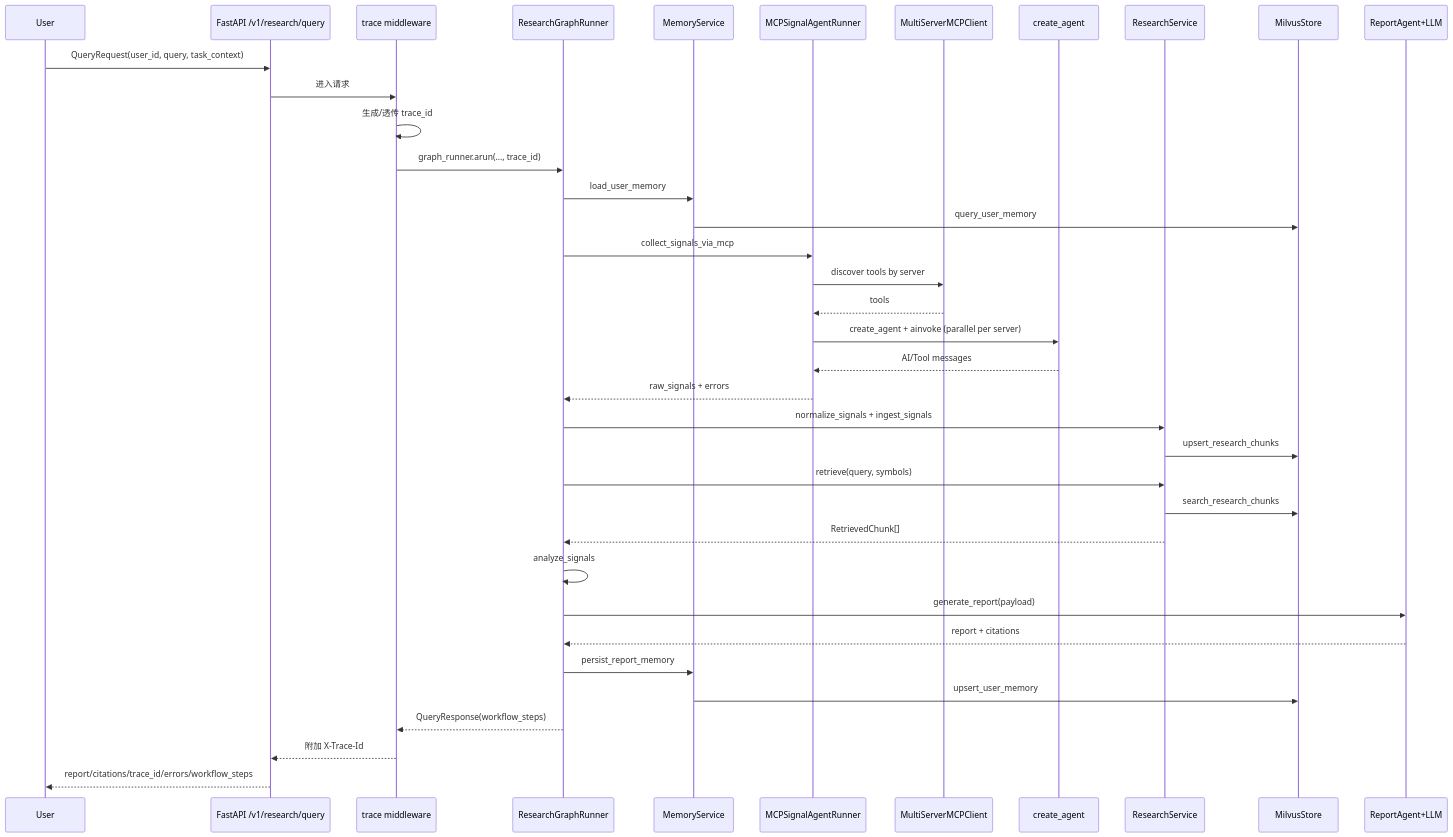
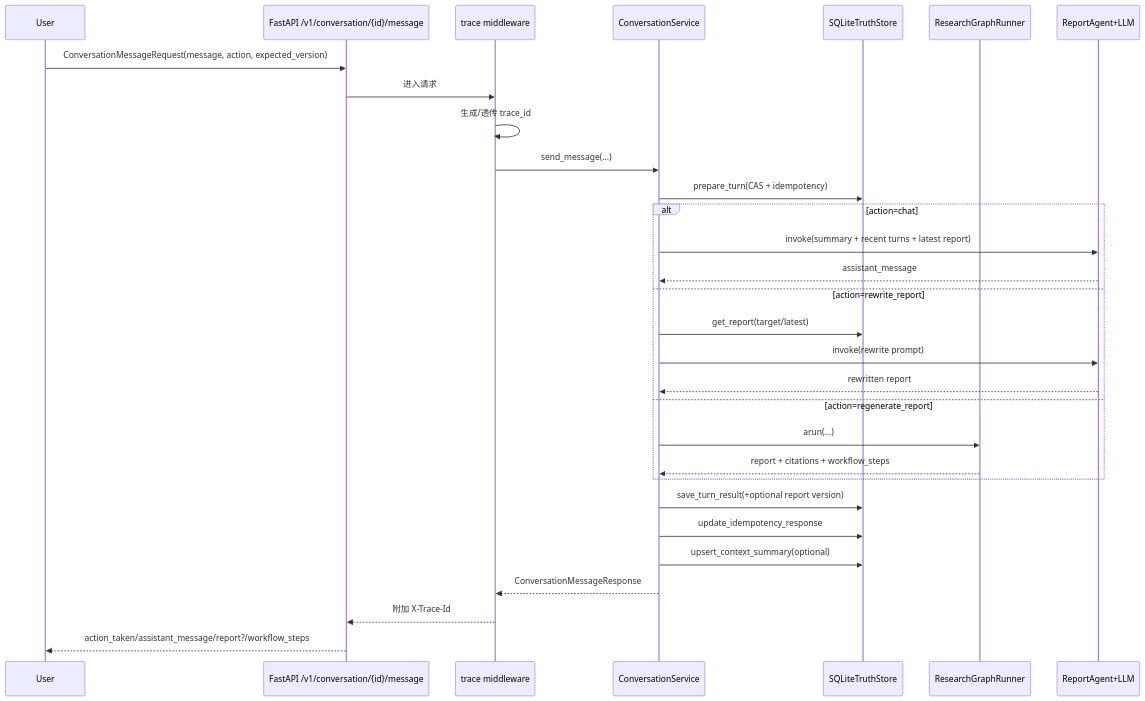
Before and after one commit to TeaBambooNGU/CryptoSignalAgent: the diagram in docs/architecture.md, drawn with Mermaid. The commit also changed other lines of this file and 33 other files, not shown here.

````diff
--- a/docs/architecture.md
+++ b/docs/architecture.md
@@ -111,40 +125,33 @@
 ```mermaid
 sequenceDiagram
     participant U as User
-    participant API as FastAPI /v1/research/query
+    participant API as FastAPI /v1/conversation/{id}/message
     participant MW as trace middleware
+    participant CS as ConversationService
+    participant TS as SQLiteTruthStore
     participant G as ResearchGraphRunner
-    participant MEM as MemoryService
-    participant MCP as MCPSignalAgentRunner
-    participant ADP as MultiServerMCPClient
-    participant AG as create_agent
-    participant RET as ResearchService
-    participant MIL as MilvusStore
     participant LLM as ReportAgent+LLM
 
-    U->>API: QueryRequest(user_id, query, task_context)
+    U->>API: ConversationMessageRequest(message, action, expected_version)
     API->>MW: 进入请求
     MW->>MW: 生成/透传 trace_id
-    MW->>G: graph_runner.arun(..., trace_id)
-    G->>MEM: load_user_memory
-    MEM->>MIL: query_user_memory
-    G->>MCP: collect_signals_via_mcp
-    MCP->>ADP: discover tools by server
-    ADP-->>MCP: tools
-    MCP->>AG: create_agent + ainvoke (parallel per server)
-    AG-->>MCP: AI/Tool messages
-    MCP-->>G: raw_signals + errors
-    G->>RET: normalize_signals + ingest_signals
-    RET->>MIL: upsert_research_chunks
-    G->>RET: retrieve(query, symbols)
-    RET->>MIL: search_research_chunks
-    RET-->>G: RetrievedChunk[]
-    G->>G: analyze_signals
-    G->>LLM: generate_report(payload)
-    LLM-->>G: report + citations
-    G->>MEM: persist_report_memory
-    MEM->>MIL: upsert_user_memory
-    G-->>MW: QueryResponse(workflow_steps)
+    MW->>CS: send_message(...)
+    CS->>TS: prepare_turn(CAS + idempotency)
+    alt action=chat
+        CS->>LLM: invoke(summary + recent turns + latest report)
+        LLM-->>CS: assistant_message
+    else action=rewrite_report
+        CS->>TS: get_report(target/latest)
+        CS->>LLM: invoke(rewrite prompt)
+        LLM-->>CS: rewritten report
+    else action=regenerate_report
+        CS->>G: arun(...)
+        G-->>CS: report + citations + workflow_steps
+    end
+    CS->>TS: save_turn_result(+optional report version)
+    CS->>TS: update_idempotency_response
+    CS->>TS: upsert_context_summary(optional)
+    CS-->>MW: ConversationMessageResponse
     MW-->>API: 附加 X-Trace-Id
-    API-->>U: report/citations/trace_id/errors/workflow_steps
+    API-->>U: action_taken/assistant_message/report?/workflow_steps
 ```
````
